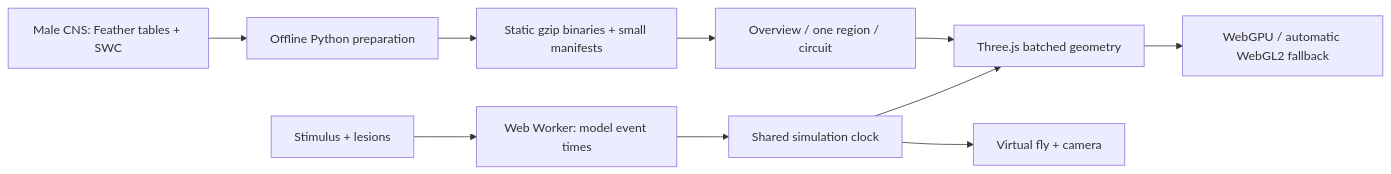
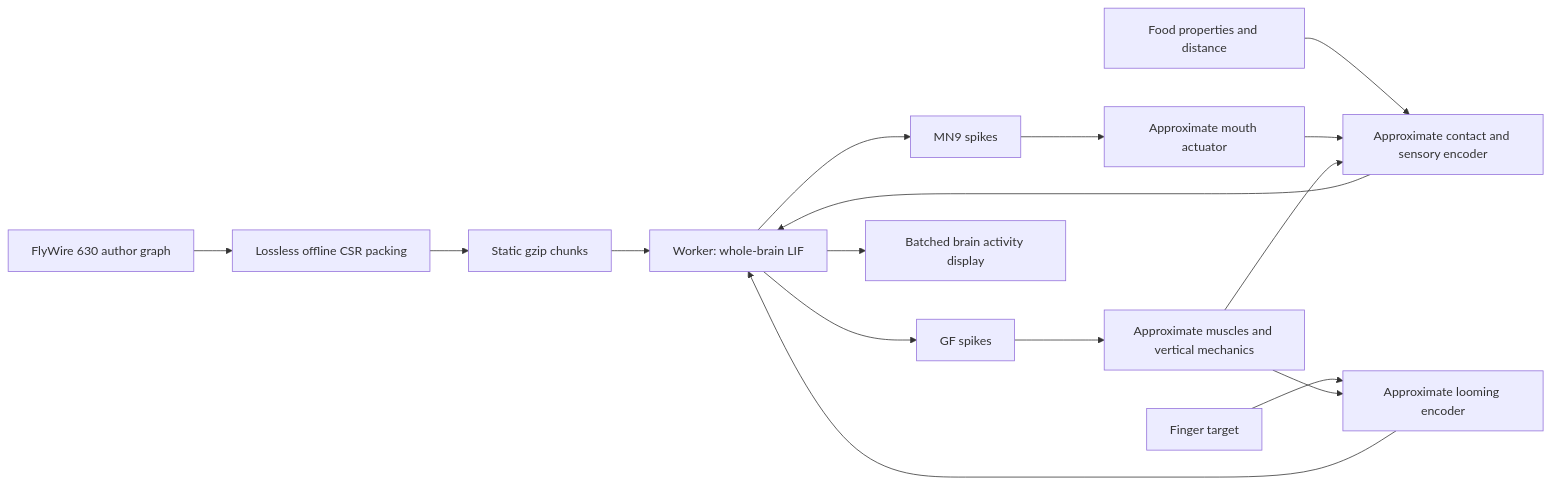
The diagram in README.md (xhoxe2/fly-brain), drawn with Mermaid before and after one commit. The commit also changed other lines of this file and 83 other files, not shown here.

Commit message:
feat: publish connectome-driven fly simulation

````diff
--- a/README.md
+++ b/README.md
@@ -79,12 +150,18 @@
 ```mermaid
 flowchart LR
-  A[Male CNS: Feather tables + SWC] --> B[Offline Python preparation]
-  B --> C[Static gzip binaries + small manifests]
-  C --> D[Overview / one region / circuit]
-  D --> E[Three.js batched geometry]
-  F[Stimulus + lesions] --> G[Web Worker: model event times]
-  G --> H[Shared simulation clock]
-  H --> E
-  H --> I[Virtual fly + camera]
-  E --> J[WebGPU / automatic WebGL2 fallback]
+  A[FlyWire 630 author graph] --> B[Lossless offline CSR packing]
+  B --> C[Static gzip chunks]
+  C --> D[Worker: whole-brain LIF]
+  E[Food properties and distance] --> F[Approximate contact and sensory encoder]
+  F --> D
+  D --> G[MN9 spikes]
+  G --> H[Approximate mouth actuator]
+  H --> F
+  J[Finger target] --> K[Approximate looming encoder]
+  K --> D
+  D --> L[GF spikes]
+  L --> M[Approximate muscles and vertical mechanics]
+  M --> K
+  M --> F
+  D --> I[Batched brain activity display]
 ```
````
